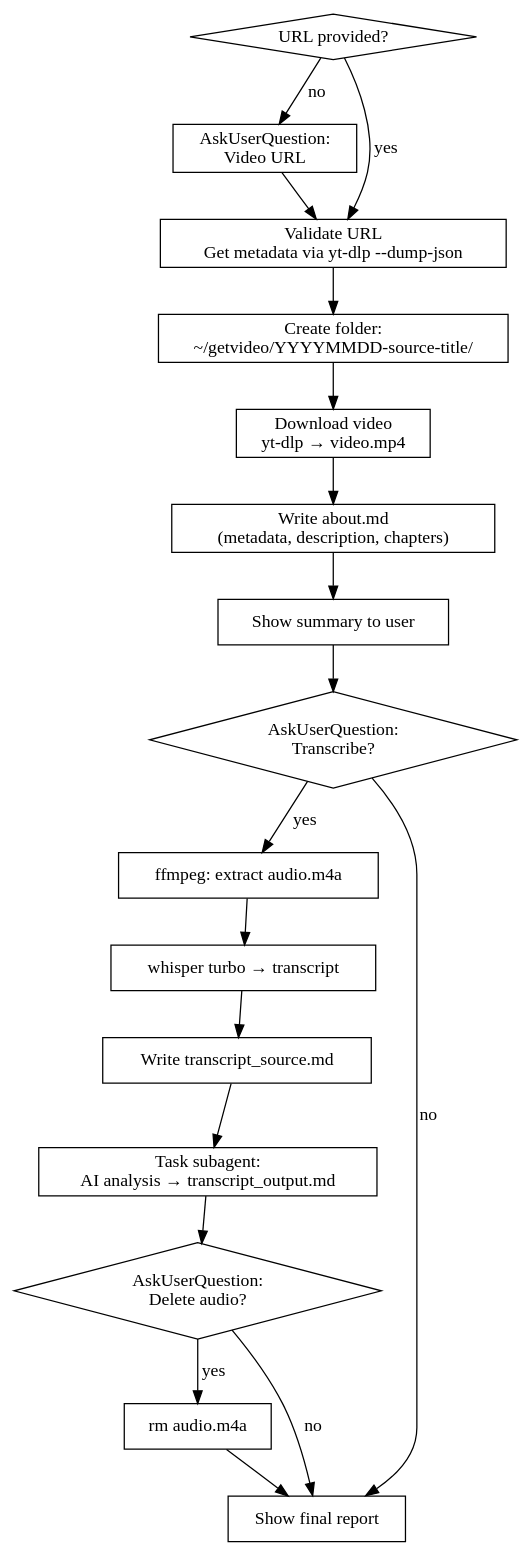
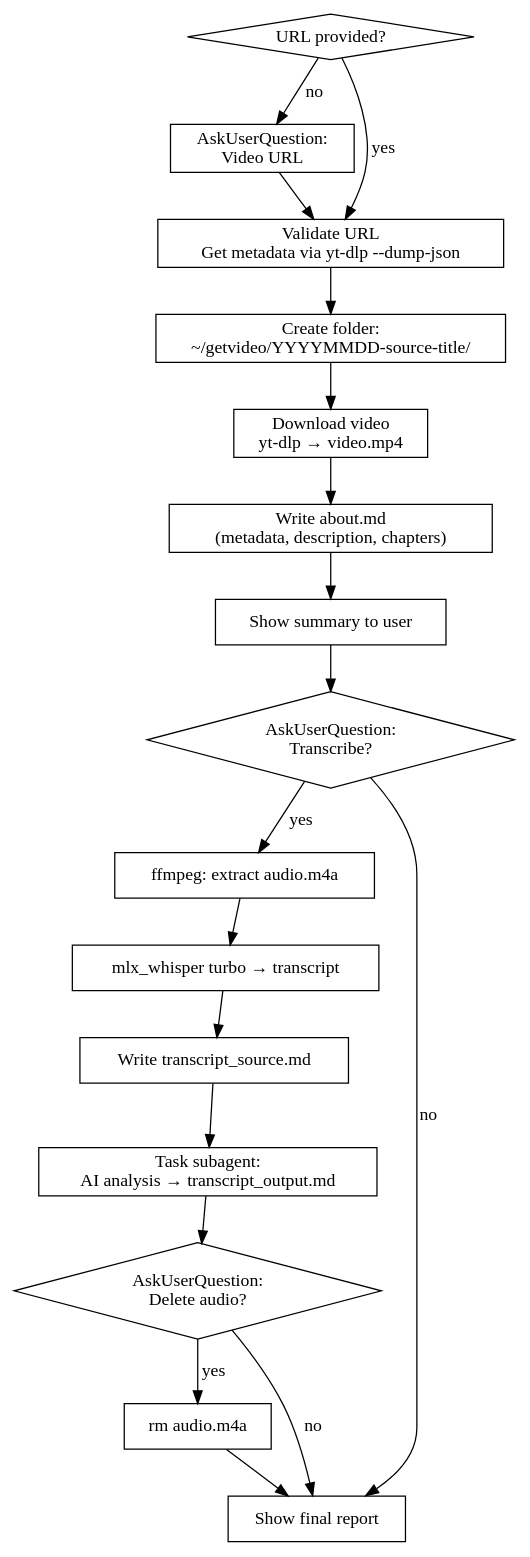
Before and after one commit to dkh-ai/claude-skill-getvideo: the diagram in skills/getvideo/SKILL.md, drawn with Graphviz. The commit also changed other lines of this file and 2 other files, not shown here.

First line of the commit message:
Switch from openai-whisper to mlx-whisper for transcription

````diff
--- a/skills/getvideo/SKILL.md
+++ b/skills/getvideo/SKILL.md
@@ -24,33 +24,33 @@
 ```dot
 digraph getvideo {
   rankdir=TB;
   node [shape=box];
 
   start [label="URL provided?" shape=diamond];
   ask [label="AskUserQuestion:\nVideo URL"];
   validate [label="Validate URL\nGet metadata via yt-dlp --dump-json"];
   mkdir [label="Create folder:\n~/getvideo/YYYYMMDD-source-title/"];
   download [label="Download video\nyt-dlp → video.mp4"];
   about [label="Write about.md\n(metadata, description, chapters)"];
   summary [label="Show summary to user"];
   ask_transcribe [label="AskUserQuestion:\nTranscribe?" shape=diamond];
   extract [label="ffmpeg: extract audio.m4a"];
-  whisper [label="whisper turbo → transcript"];
+  whisper [label="mlx_whisper turbo → transcript"];
   save_transcript [label="Write transcript_source.md"];
   analyze [label="Task subagent:\nAI analysis → transcript_output.md"];
   ask_delete [label="AskUserQuestion:\nDelete audio?" shape=diamond];
   delete_audio [label="rm audio.m4a"];
   final [label="Show final report"];
 
   start -> ask [label="no"];
   start -> validate [label="yes"];
   ask -> validate;
   validate -> mkdir -> download -> about -> summary -> ask_transcribe;
   ask_transcribe -> extract [label="yes"];
   ask_transcribe -> final [label="no"];
   extract -> whisper -> save_transcript -> analyze -> ask_delete;
   ask_delete -> delete_audio [label="yes"];
   ask_delete -> final [label="no"];
   delete_audio -> final;
 }
 ```
````
